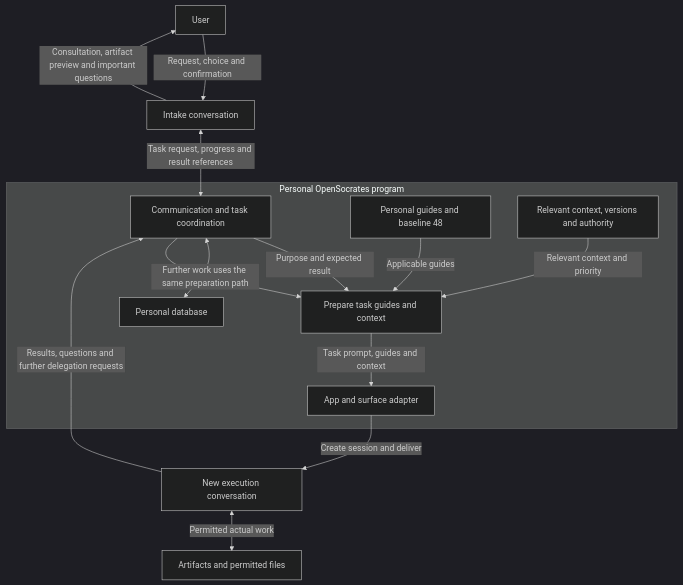
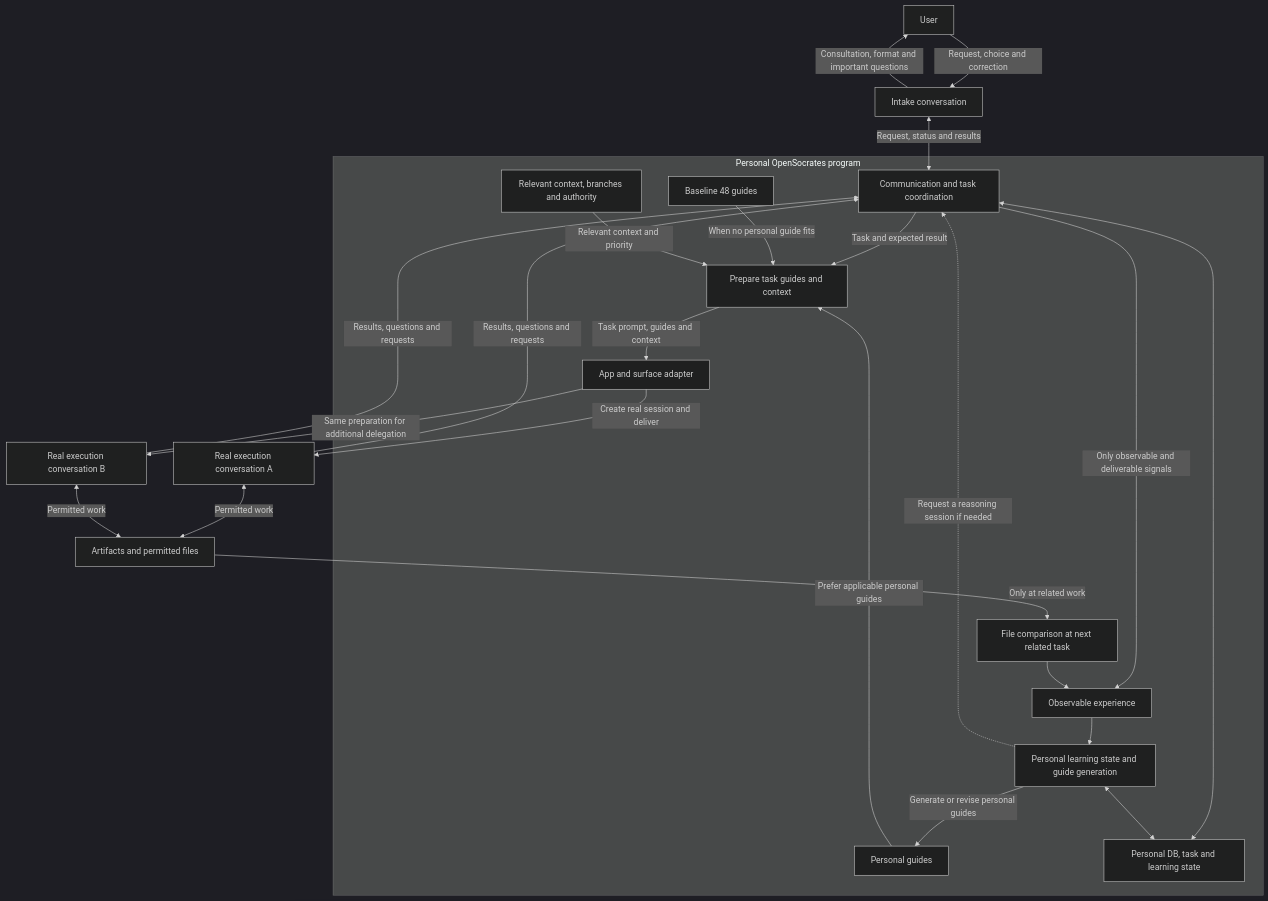
One commit to ParkerHwang/OpenSocrates changed the first of 2 diagrams in docs/v2.0/SYSTEM_2.0.md. Above: the diagram before and after it, drawn with Mermaid (dark theme). The commit also changed other lines of this file and 8 other files, not shown here.

````diff
--- a/docs/v2.0/SYSTEM_2.0.md
+++ b/docs/v2.0/SYSTEM_2.0.md
@@ -32,30 +32,45 @@
 ```mermaid
 flowchart TD
     user["User"]
     intake["Intake conversation"]
-    worker["New execution conversation"]
+    worker["Real execution conversation A"]
+    worker2["Real execution conversation B"]
     artifact["Artifacts and permitted files"]
 
     subgraph os["Personal OpenSocrates program"]
         channel["Communication and task coordination"]
         select["Prepare task guides and context"]
-        guide["Personal guides and baseline 48"]
-        context["Relevant context, versions and authority"]
+        base["Baseline 48 guides"]
+        personal["Personal guides"]
+        context["Relevant context, branches and authority"]
         adapter["App and surface adapter"]
-        state["Personal database"]
+        state["Personal DB, task and learning state"]
+        signal["Observable experience"]
+        compare["File comparison at next related task"]
+        learn["Personal learning state and guide generation"]
 
-        channel -->|"Purpose and expected result"| select
-        guide -->|"Applicable guides"| select
+        channel -->|"Task and expected result"| select
+        base -->|"When no personal guide fits"| select
+        personal -->|"Prefer applicable personal guides"| select
         context -->|"Relevant context and priority"| select
         select -->|"Task prompt, guides and context"| adapter
         channel <--> state
+        channel -->|"Only observable and deliverable signals"| signal
+        compare --> signal
+        signal --> learn
+        learn -->|"Generate or revise personal guides"| personal
+        learn <--> state
+        learn -.->|"Request a reasoning session if needed"| channel
     end
 
-    user -->|"Request, choice and confirmation"| intake
-    intake -->|"Consultation, artifact preview and important questions"| user
-    intake <-->|"Task request, progress and result references"| channel
-    adapter -->|"Create session and deliver"| worker
-    worker -->|"Results, questions and further delegation requests"| channel
-    worker <-->|"Permitted actual work"| artifact
-    channel -->|"Further work uses the same preparation path"| select
+    user -->|"Request, choice and correction"| intake
+    intake -->|"Consultation, format and important questions"| user
+    intake <-->|"Request, status and results"| channel
+    adapter -->|"Create real session and deliver"| worker
+    adapter -->|"Same preparation for additional delegation"| worker2
+    worker -->|"Results, questions and requests"| channel
+    worker2 -->|"Results, questions and requests"| channel
+    worker <-->|"Permitted work"| artifact
+    worker2 <-->|"Permitted work"| artifact
+    artifact -->|"Only at related work"| compare
 ```
````
